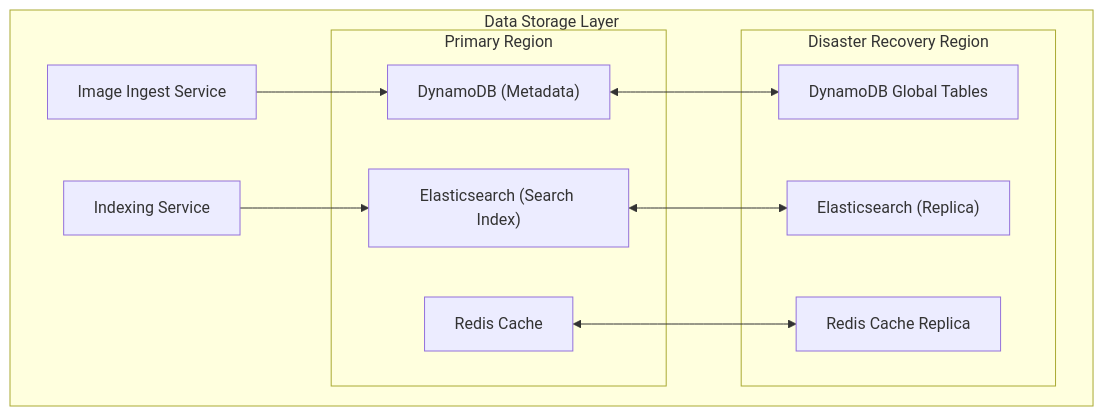
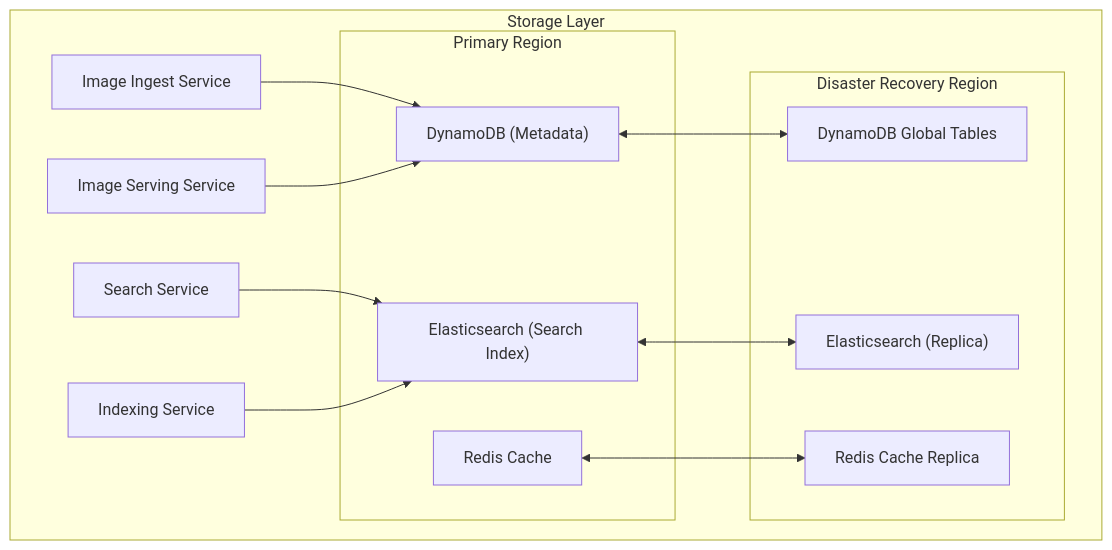
The tenth of 15 diagrams in README.md (ahmad0303/testingreadme), drawn with Mermaid before and after one commit. The commit also changed other lines of this file, not shown here.

````diff
--- a/README.md
+++ b/README.md
@@ -408,22 +408,24 @@
 ```mermaid
 flowchart TD
-    subgraph DataStorage["Data Storage Layer"]
+    subgraph StorageLayer["Storage Layer"]
         subgraph Primary["Primary Region"]
             DDBPrimary["DynamoDB (Metadata)"]
             ESPrimary["Elasticsearch (Search Index)"]
             CachePrimary["Redis Cache"]
         end
         
         subgraph DR["Disaster Recovery Region"]
             DDBDR["DynamoDB Global Tables"]
             ESDR["Elasticsearch (Replica)"]
             CacheDR["Redis Cache Replica"]
         end
         
         ImageIngest["Image Ingest Service"] --> DDBPrimary
+        SearchService["Search Service"] --> ESPrimary
+        ImageServing["Image Serving Service"] --> DDBPrimary
         IndexingService["Indexing Service"] --> ESPrimary
         DDBPrimary <--> DDBDR
         ESPrimary <--> ESDR
         CachePrimary <--> CacheDR
     end
 ```
````
